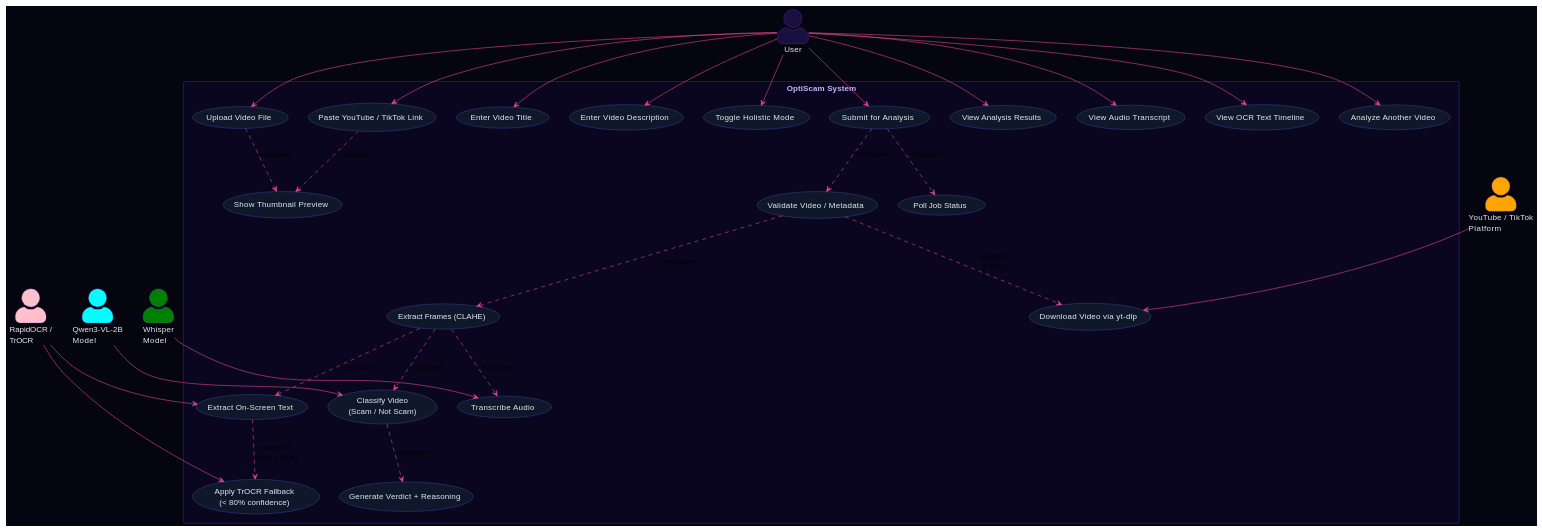
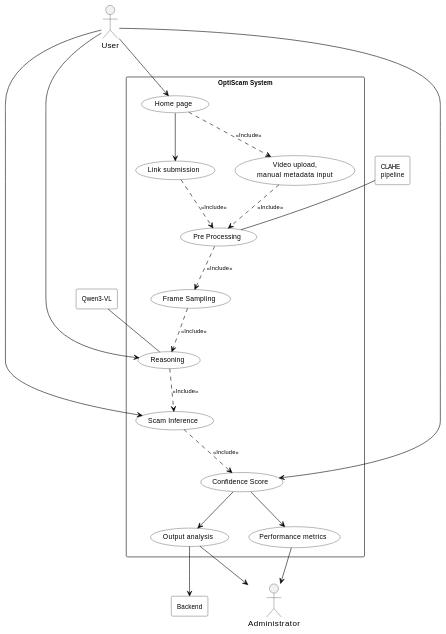
One commit to JulesGR953/OptiScam_Framework changed the diagram in USE_CASE_DIAGRAM.md. Above: the diagram before and after it, drawn with PlantUML. The commit also changed other lines of this file and 3 other files, not shown here.

Commit message:
Updated Diagrams and Prompts

````diff
--- a/USE_CASE_DIAGRAM.md
+++ b/USE_CASE_DIAGRAM.md
@@ -3,94 +3,82 @@
 ```plantuml
 @startuml OptiScam_UseCaseDiagram
 
-skinparam backgroundColor #050510
-skinparam actorStyle awesome
-
-skinparam actor {
-    BackgroundColor #1a1040
-    BorderColor #7c3aed
-    FontColor #e2e8f0
-}
+skinparam actorStyle stick
+skinparam backgroundColor White
 
 skinparam usecase {
-    BackgroundColor #0f172a
-    BorderColor #6366f1
-    FontColor #e2e8f0
-    ArrowColor #ec4899
+    BackgroundColor White
+    BorderColor Black
+    FontColor Black
+    FontSize 12
 }
 
 skinparam rectangle {
-    BackgroundColor #0a0620
-    BorderColor #4c1d95
-    FontColor #c4b5fd
+    BackgroundColor White
+    BorderColor Black
+    FontColor Black
+    FontSize 11
+}
+
+skinparam arrow {
+    Color Black
+    FontColor Black
+    FontSize 10
 }
 
 ' ─── Actors ──────────────────────────────────────────────────────────────────
-actor "User"            as USER
-actor "YouTube / TikTok\nPlatform"  as PLATFORM   #Orange
-actor "Qwen3-VL-2B\nModel"          as QWEN        #Cyan
-actor "Whisper\nModel"              as WHISPER     #Green
-actor "RapidOCR /\nTrOCR"          as OCR         #Pink
+actor "User" as USER
+
+' ─── External systems (outside boundary) ─────────────────────────────────────
+rectangle "CLAHE\npipeline" as CLAHE
+rectangle "Qwen3-VL"        as QWEN
+rectangle "Backend"         as BACKEND
+actor     "Administrator"   as ADMIN
 
 ' ─── System boundary ─────────────────────────────────────────────────────────
 rectangle "OptiScam System" {
 
-    ' ── Primary use cases ──
-    usecase "Upload Video File"             as UC_UPLOAD
-    usecase "Paste YouTube / TikTok Link"   as UC_LINK
-    usecase "Enter Video Title"             as UC_TITLE
-    usecase "Enter Video Description"       as UC_DESC
-    usecase "Toggle Holistic Mode"          as UC_HOLISTIC
-    usecase "Submit for Analysis"           as UC_SUBMIT
-    usecase "View Analysis Results"         as UC_RESULTS
-    usecase "View Audio Transcript"         as UC_TRANSCRIPT
-    usecase "View OCR Text Timeline"        as UC_OCR_VIEW
-    usecase "Analyze Another Video"         as UC_RESET
+    usecase "Home page"                         as UC_HOME
+    usecase "Video upload,\nmanual metadata input" as UC_UPLOAD
+    usecase "Link submission"                   as UC_LINK
+    usecase "Pre Processing"                    as UC_PRE
+    usecase "Frame Sampling"                    as UC_FRAME
+    usecase "Reasoning"                         as UC_REASON
+    usecase "Scam Inference"                    as UC_INFER
+    usecase "Confidence Score"                  as UC_CONF
+    usecase "Output analysis"                   as UC_OUT
+    usecase "Performance metrics"               as UC_PERF
 
-    ' ── System use cases ──
-    usecase "Validate Video / Metadata"     as UC_VALIDATE
-    usecase "Download Video via yt-dlp"     as UC_DOWNLOAD
-    usecase "Extract Frames (CLAHE)"        as UC_FRAMES
-    usecase "Transcribe Audio"              as UC_AUDIO
-    usecase "Extract On-Screen Text"        as UC_TEXT
-    usecase "Apply TrOCR Fallback\n(< 80% confidence)" as UC_TROCR
-    usecase "Classify Video\n(Scam / Not Scam)"         as UC_CLASSIFY
-    usecase "Generate Verdict + Reasoning"  as UC_VERDICT
-    usecase "Show Thumbnail Preview"        as UC_THUMBNAIL
-    usecase "Poll Job Status"               as UC_POLL
 }
 
-' ─── User associations ───────────────────────────────────────────────────────
-USER --> UC_UPLOAD
-USER --> UC_LINK
-USER --> UC_TITLE
-USER --> UC_DESC
-USER --> UC_HOLISTIC
-USER --> UC_SUBMIT
-USER --> UC_RESULTS
-USER --> UC_TRANSCRIPT
-USER --> UC_OCR_VIEW
-USER --> UC_RESET
+' ─── User → system ───────────────────────────────────────────────────────────
+USER --> UC_HOME
+USER --> UC_REASON
+USER --> UC_INFER
+USER --> UC_CONF
 
-' ─── System internal associations ────────────────────────────────────────────
-UC_SUBMIT       ..> UC_VALIDATE    : <<include>>
-UC_VALIDATE     ..> UC_DOWNLOAD    : <<include>>\n[if URL]
-UC_VALIDATE     ..> UC_FRAMES      : <<include>>
-UC_FRAMES       ..> UC_TEXT        : <<include>>
-UC_FRAMES       ..> UC_AUDIO       : <<include>>
-UC_TEXT         ..> UC_TROCR       : <<extend>>\n[conf < 80%]
-UC_FRAMES       ..> UC_CLASSIFY    : <<include>>
-UC_CLASSIFY     ..> UC_VERDICT     : <<include>>
-UC_SUBMIT       ..> UC_POLL        : <<include>>
-UC_LINK         ..> UC_THUMBNAIL   : <<extend>>
-UC_UPLOAD       ..> UC_THUMBNAIL   : <<extend>>
+' ─── Internal flow (<<Include>>) ─────────────────────────────────────────────
+UC_HOME   ..> UC_UPLOAD : <<Include>>
+UC_HOME   --> UC_LINK
 
-' ─── External actor associations ─────────────────────────────────────────────
-PLATFORM    --> UC_DOWNLOAD
-QWEN        --> UC_CLASSIFY
-WHISPER     --> UC_AUDIO
-OCR         --> UC_TEXT
-OCR         --> UC_TROCR
+UC_UPLOAD ..> UC_PRE    : <<Include>>
+UC_LINK   ..> UC_PRE    : <<Include>>
+
+UC_PRE    ..> UC_FRAME  : <<Include>>
+UC_FRAME  ..> UC_REASON : <<Include>>
+UC_REASON ..> UC_INFER  : <<Include>>
+UC_INFER  ..> UC_CONF   : <<Include>>
+
+UC_CONF   --> UC_OUT
+UC_CONF   --> UC_PERF
+
+' ─── External system connections ─────────────────────────────────────────────
+CLAHE  --  UC_PRE
+QWEN   --  UC_REASON
+
+UC_OUT  --> BACKEND
+UC_OUT  --> ADMIN
+UC_PERF --> ADMIN
 
 @enduml
 ```
````
